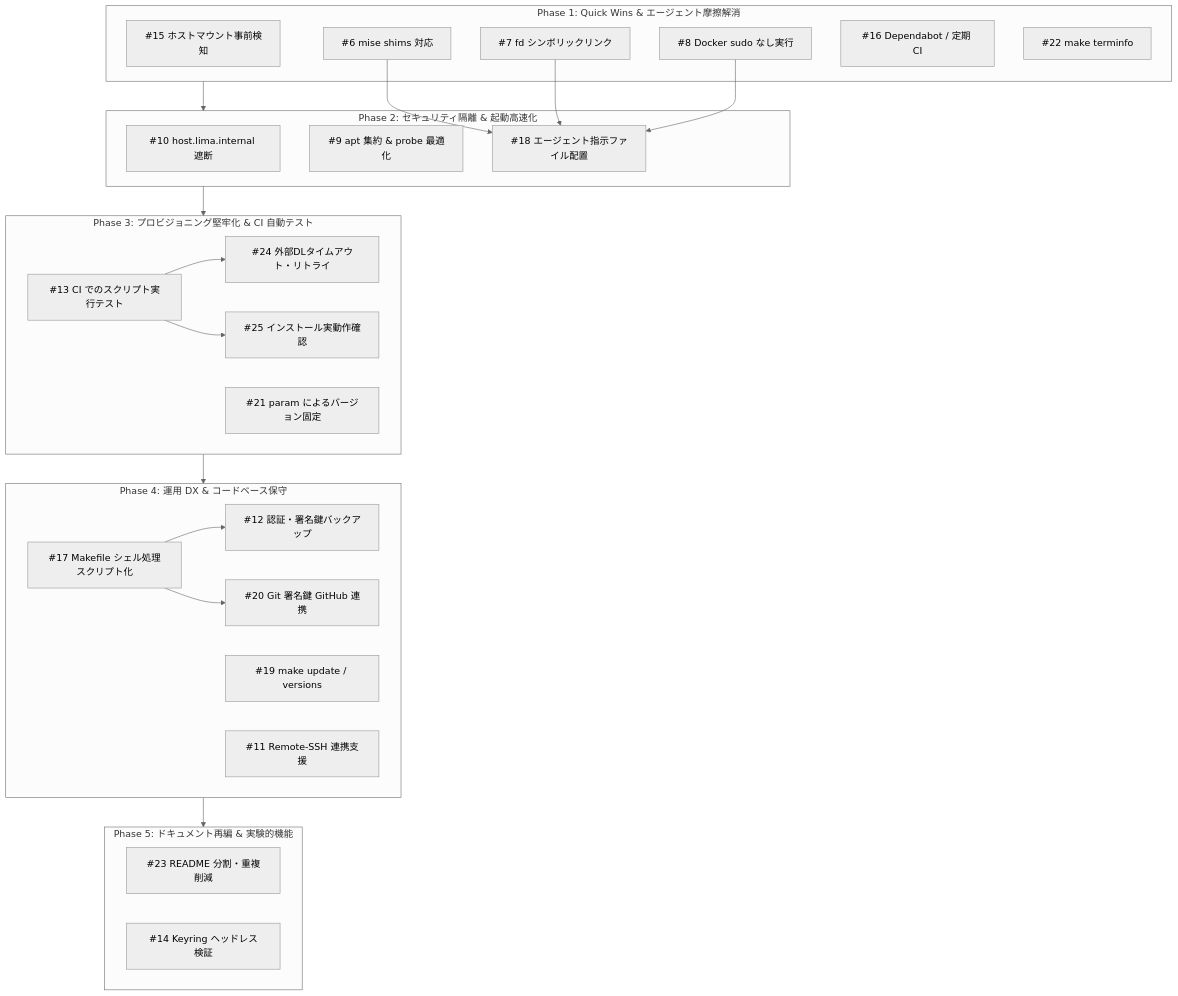
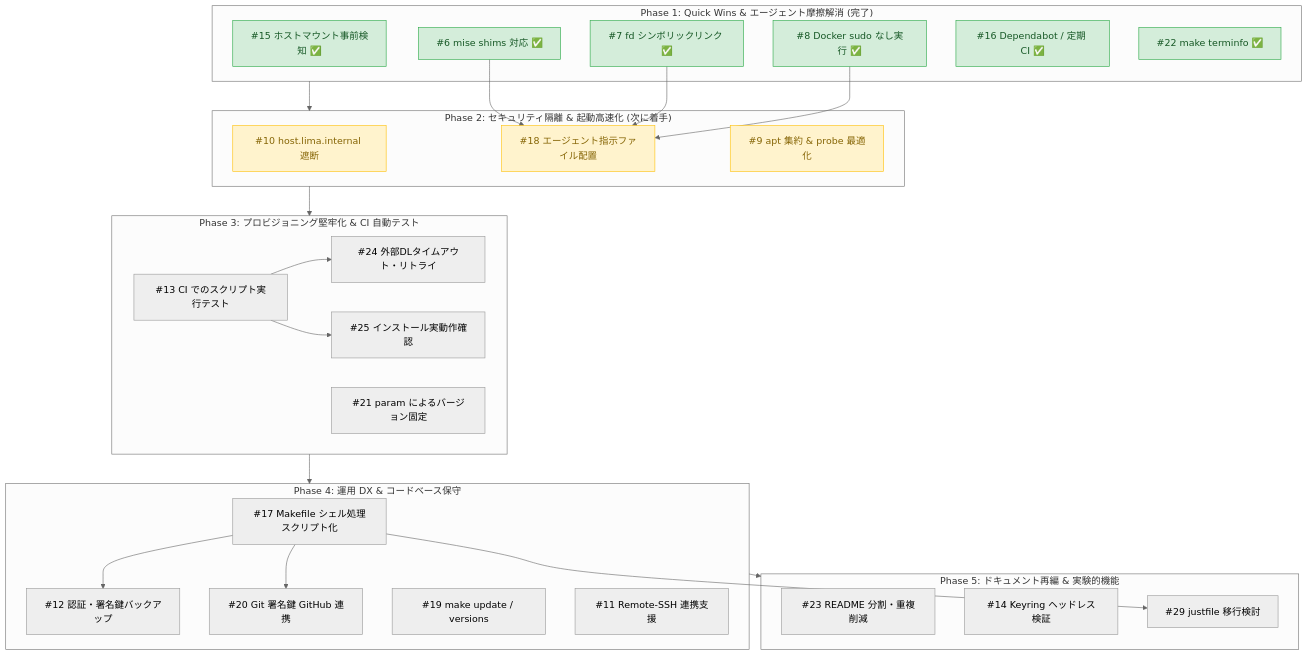
The diagram in docs/issue-prioritization.md (ikuy1203/lima-coding-sandbox), drawn with Mermaid (neutral theme) before and after one commit. The commit also changed other lines of this file, not shown here.

Commit message:
docs: update issue prioritization roadmap with Phase 1 completion and #29

````diff
--- a/docs/issue-prioritization.md
+++ b/docs/issue-prioritization.md
@@ -56,49 +84,56 @@
 ```mermaid
 flowchart TD
-    subgraph Phase1["Phase 1: Quick Wins & エージェント摩擦解消"]
-        I15["#15 ホストマウント事前検知"]
-        I7["#7 fd シンボリックリンク"]
-        I8["#8 Docker sudo なし実行"]
-        I6["#6 mise shims 対応"]
-        I16["#16 Dependabot / 定期 CI"]
-        I22["#22 make terminfo"]
+    subgraph Phase1["Phase 1: Quick Wins & エージェント摩擦解消 (完了)"]
+        I15["#15 ホストマウント事前検知 ✅"]
+        I7["#7 fd シンボリックリンク ✅"]
+        I8["#8 Docker sudo なし実行 ✅"]
+        I6["#6 mise shims 対応 ✅"]
+        I16["#16 Dependabot / 定期 CI ✅"]
+        I22["#22 make terminfo ✅"]
     end
 
-    subgraph Phase2["Phase 2: セキュリティ隔離 & 起動高速化"]
+    subgraph Phase2["Phase 2: セキュリティ隔離 & 起動高速化 (次に着手)"]
         I10["#10 host.lima.internal 遮断"]
+        I18["#18 エージェント指示ファイル配置"]
         I9["#9 apt 集約 & probe 最適化"]
-        I18["#18 エージェント指示ファイル配置"]
     end
 
     subgraph Phase3["Phase 3: プロビジョニング堅牢化 & CI 自動テスト"]
         I13["#13 CI でのスクリプト実行テスト"]
         I24["#24 外部DLタイムアウト・リトライ"]
         I25["#25 インストール実動作確認"]
         I21["#21 param によるバージョン固定"]
     end
 
     subgraph Phase4["Phase 4: 運用 DX & コードベース保守"]
         I17["#17 Makefile シェル処理スクリプト化"]
         I12["#12 認証・署名鍵バックアップ"]
         I20["#20 Git 署名鍵 GitHub 連携"]
         I19["#19 make update / versions"]
         I11["#11 Remote-SSH 連携支援"]
     end
 
     subgraph Phase5["Phase 5: ドキュメント再編 & 実験的機能"]
         I23["#23 README 分割・重複削減"]
         I14["#14 Keyring ヘッドレス検証"]
+        I29["#29 justfile 移行検討"]
     end
 
     Phase1 --> Phase2
     Phase2 --> Phase3
     Phase3 --> Phase4
     Phase4 --> Phase5
     I6 --> I18
     I7 --> I18
     I8 --> I18
     I13 --> I24
     I13 --> I25
     I17 --> I12
     I17 --> I20
+    I17 --> I29
+
+    classDef done fill:#d4edda,stroke:#28a745,color:#155724
+    classDef next fill:#fff3cd,stroke:#ffc107,color:#856404
+    class I15,I7,I8,I6,I16,I22 done
+    class I10,I18,I9 next
 ```
````
